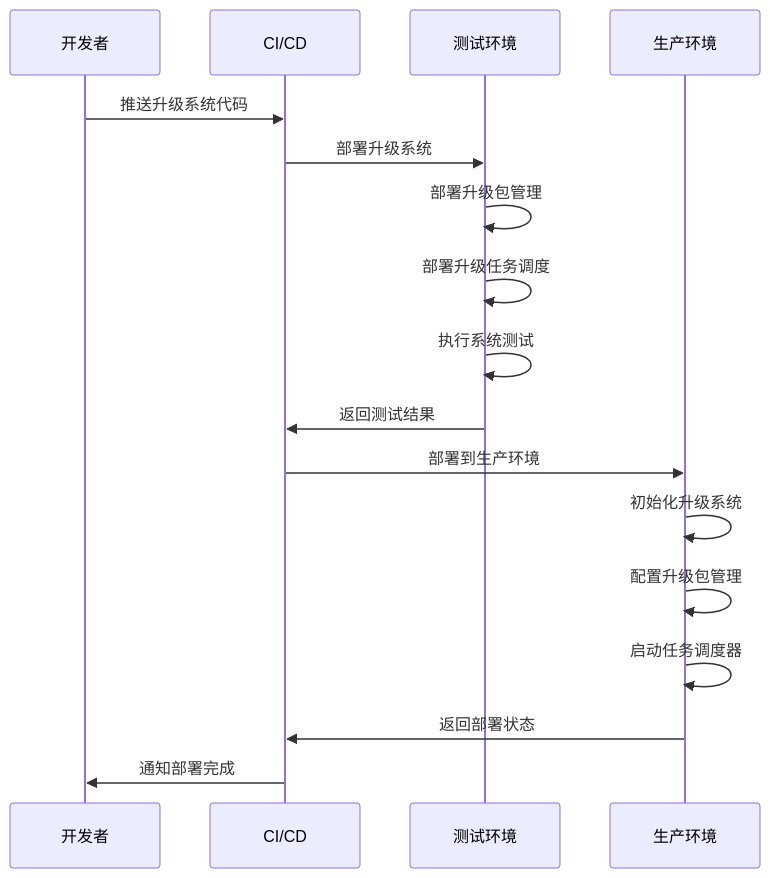
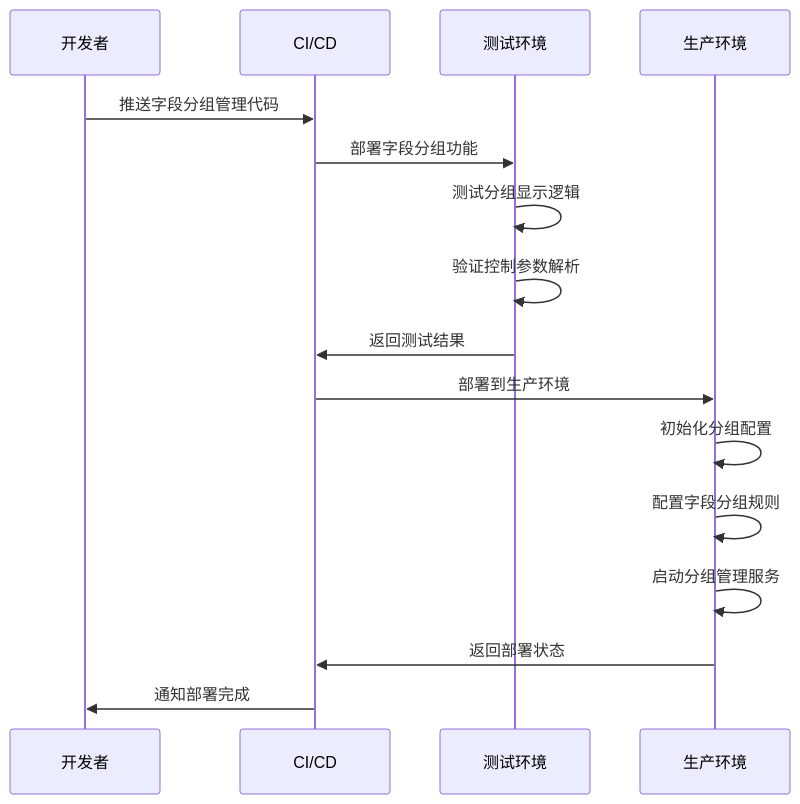
Diagram 23 of 23 in .qoder/repowiki/zh/content/数据库设计/数据库迁移管理.md (mcmrzy/cs_inv_monitor-develop), drawn with Mermaid before and after one commit. The commit also changed other lines of this file and 12 other files, not shown here.

````diff
--- a/.qoder/repowiki/zh/content/数据库设计/数据库迁移管理.md
+++ b/.qoder/repowiki/zh/content/数据库设计/数据库迁移管理.md
@@ -716,19 +884,18 @@
 ```mermaid
 sequenceDiagram
 participant Dev as 开发者
 participant CI as CI/CD
 participant Test as 测试环境
 participant Prod as 生产环境
-Dev->>CI : 推送升级系统代码
-CI->>Test : 部署升级系统
-Test->>Test : 部署升级包管理
-Test->>Test : 部署升级任务调度
-Test->>Test : 执行系统测试
+Dev->>CI : 推送字段分组管理代码
+CI->>Test : 部署字段分组功能
+Test->>Test : 测试分组显示逻辑
+Test->>Test : 验证控制参数解析
 Test->>CI : 返回测试结果
 CI->>Prod : 部署到生产环境
-Prod->>Prod : 初始化升级系统
-Prod->>Prod : 配置升级包管理
-Prod->>Prod : 启动任务调度器
+Prod->>Prod : 初始化分组配置
+Prod->>Prod : 配置字段分组规则
+Prod->>Prod : 启动分组管理服务
 Prod->>CI : 返回部署状态
 CI->>Dev : 通知部署完成
 ```
````
